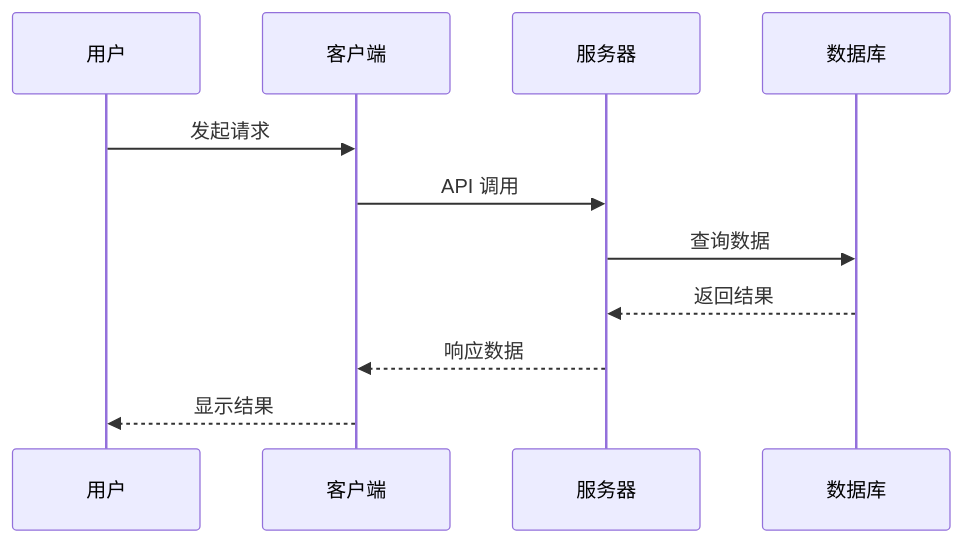
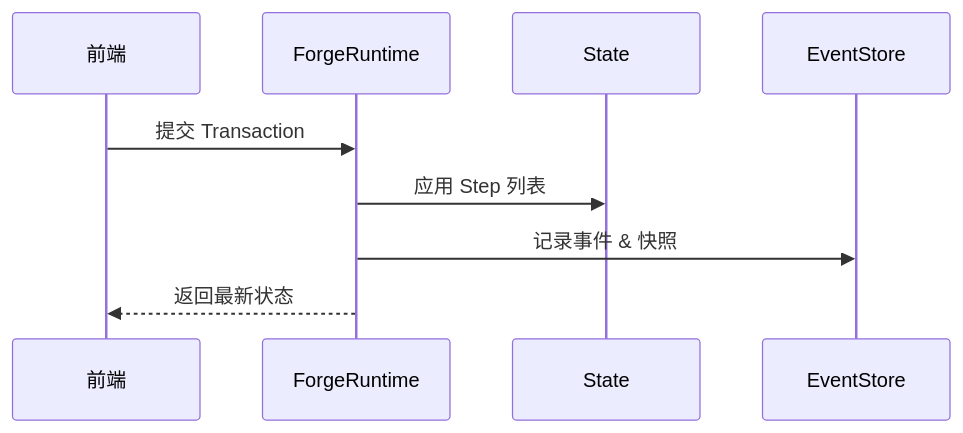
Before and after one commit to Cassielxd/moduforge-rs: the third of 3 diagrams in packages/docs/mermaid-test.md, drawn with Mermaid. The commit also changed other lines of this file and 25 other files, not shown here.

````diff
--- a/packages/docs/mermaid-test.md
+++ b/packages/docs/mermaid-test.md
@@ -41,14 +43,12 @@
 ```mermaid
 sequenceDiagram
-    participant U as 用户
-    participant C as 客户端
-    participant S as 服务器
-    participant D as 数据库
-    
-    U->>C: 发起请求
-    C->>S: API 调用
-    S->>D: 查询数据
-    D-->>S: 返回结果
-    S-->>C: 响应数据
-    C-->>U: 显示结果
+    participant UI as 前端
+    participant RT as ForgeRuntime
+    participant ST as State
+    participant ES as EventStore
+
+    UI->>RT: 提交 Transaction
+    RT->>ST: 应用 Step 列表
+    RT->>ES: 记录事件 & 快照
+    RT-->>UI: 返回最新状态
 ```
````
